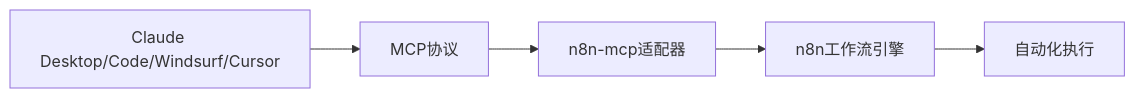
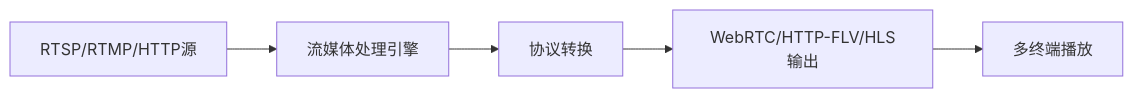
One commit to wayyoungboy/github-trending-reporter changed the sixth of 6 diagrams in reports/2026/01/2026-01-20.md. Above: the diagram before and after it, drawn with Mermaid. The commit also changed other lines of this file and 1 other file, not shown here.

````diff
--- a/reports/2026/01/2026-01-20.md
+++ b/reports/2026/01/2026-01-20.md
@@ -403,7 +355,7 @@
 ```mermaid
 graph LR
-    A[Claude Desktop/Code/Windsurf/Cursor] --> B[MCP协议]
-    B --> C[n8n-mcp适配器]
-    C --> D[n8n工作流引擎]
-    D --> E[自动化执行]
+    A[RTSP/RTMP/HTTP源] --> B[流媒体处理引擎]
+    B --> C[协议转换]
+    C --> D[WebRTC/HTTP-FLV/HLS输出]
+    D --> E[多终端播放]
 ```
````
